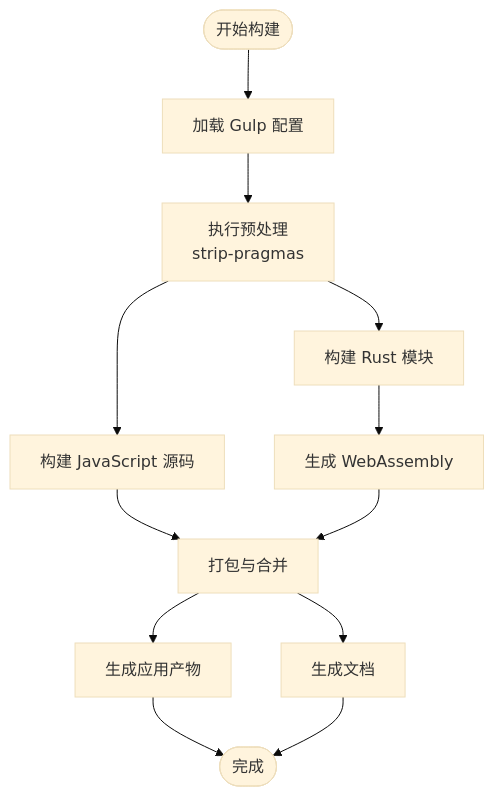
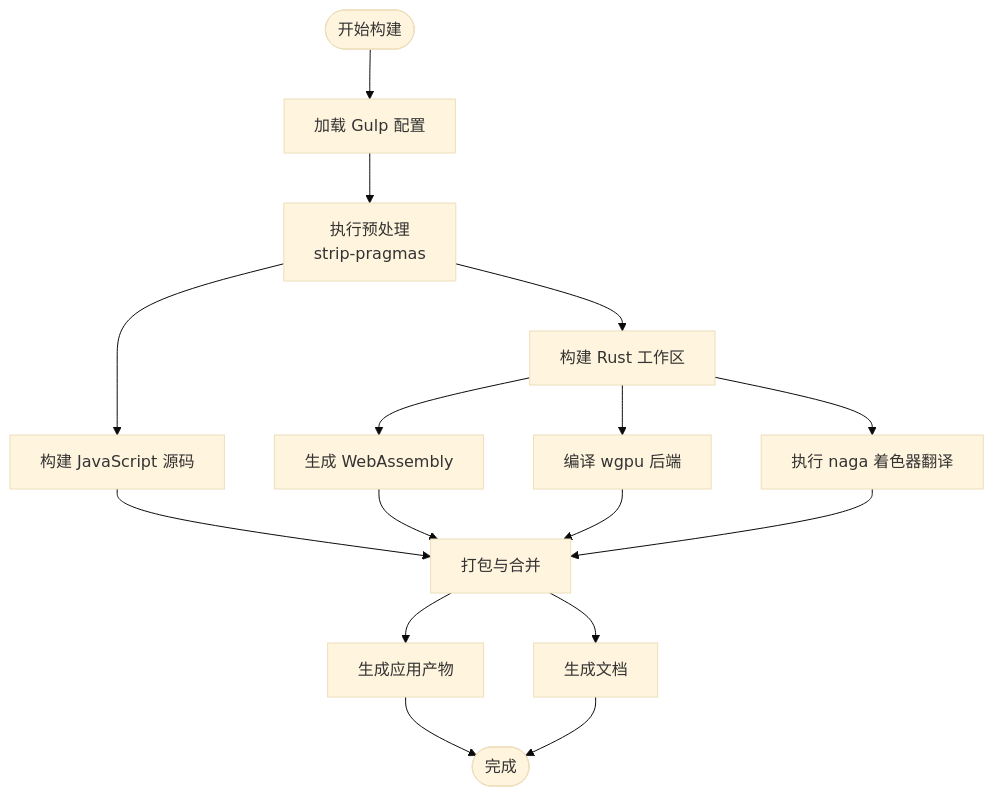
Before and after one commit to rzhangjing/cesium: the fourth of 10 diagrams in .qoder/repowiki/zh/content/项目概述/技术栈.md, drawn with Mermaid (base theme). The commit also changed other lines of this file and 1321 other files, not shown here.

````diff
--- a/.qoder/repowiki/zh/content/项目概述/技术栈.md
+++ b/.qoder/repowiki/zh/content/项目概述/技术栈.md
@@ -339,14 +348,18 @@
 ```mermaid
 flowchart TD
 Start(["开始构建"]) --> LoadConfig["加载 Gulp 配置"]
 LoadConfig --> Preprocess["执行预处理<br/>strip-pragmas"]
 Preprocess --> BuildJS["构建 JavaScript 源码"]
-Preprocess --> BuildRust["构建 Rust 模块"]
+Preprocess --> BuildRust["构建 Rust 工作区"]
 BuildRust --> WasmOutput["生成 WebAssembly"]
+BuildRust --> WgpuBackend["编译 wgpu 后端"]
+BuildRust --> NagaTranslation["执行 naga 着色器翻译"]
 BuildJS --> Bundle["打包与合并"]
 WasmOutput --> Bundle
+WgpuBackend --> Bundle
+NagaTranslation --> Bundle
 Bundle --> Apps["生成应用产物"]
 Bundle --> Docs["生成文档"]
 Apps --> End(["完成"])
 Docs --> End
 ```
````
